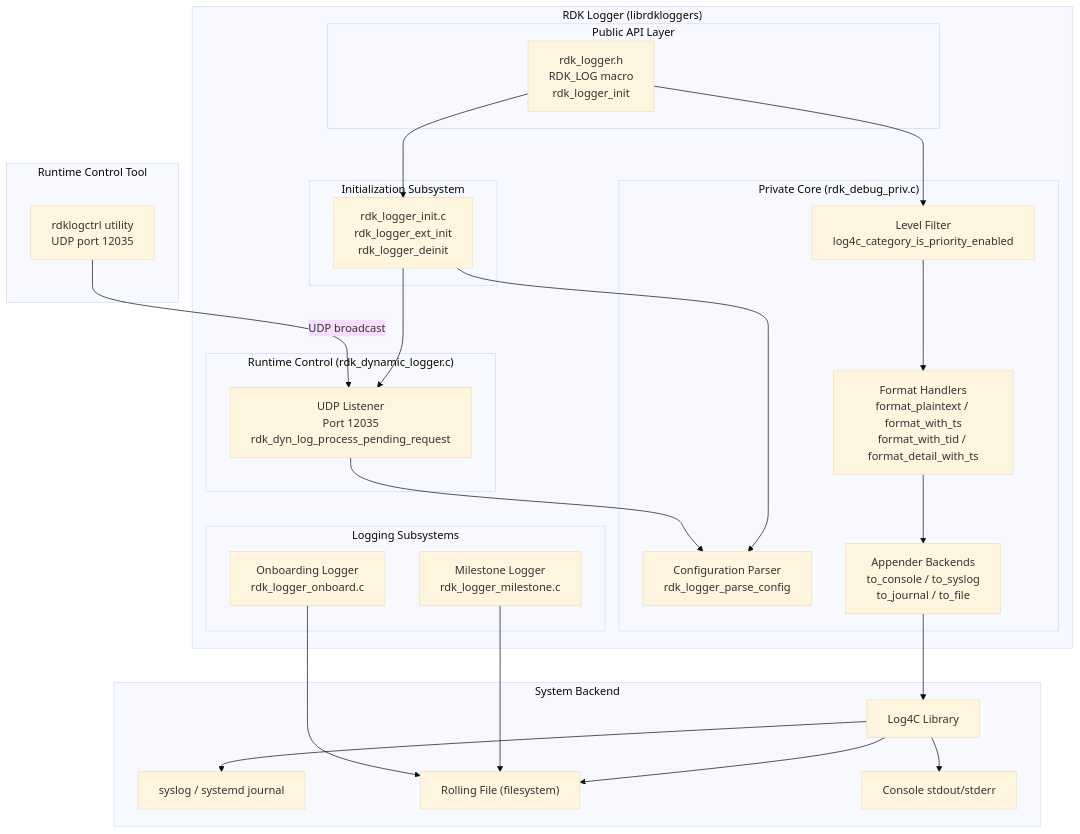
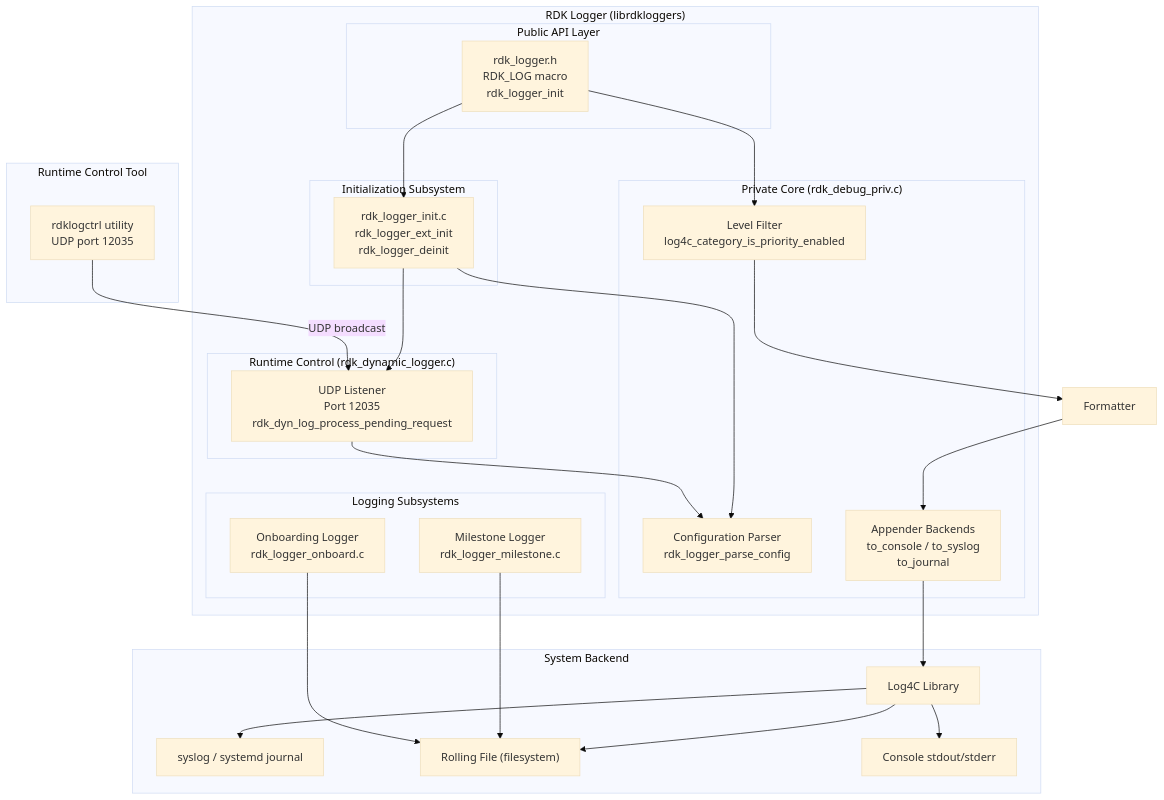
Before and after one commit to rdkcentral/rdk_logger: the second of 8 diagrams in docs/README.md, drawn with Mermaid (base theme). The commit also changed other lines of this file, not shown here.

````diff
--- a/docs/README.md
+++ b/docs/README.md
@@ -58,55 +58,54 @@
 ```mermaid
 flowchart TD
     subgraph RDKLoggerBoundary["RDK Logger (librdkloggers)"]
 
         subgraph PublicAPI["Public API Layer"]
             API["rdk_logger.h\nRDK_LOG macro\nrdk_logger_init"]
         end
 
         subgraph InitSubsystem["Initialization Subsystem"]
             Init["rdk_logger_init.c\nrdk_logger_ext_init\nrdk_logger_deinit"]
         end
 
         subgraph PrivateCore["Private Core (rdk_debug_priv.c)"]
             ConfigParser["Configuration Parser\nrdk_logger_parse_config"]
             LevelFilter["Level Filter\nlog4c_category_is_priority_enabled"]
-            Formatter["Format Handlers\nformat_plaintext / format_with_ts\nformat_with_tid / format_detail_with_ts"]
-            Appenders["Appender Backends\nto_console / to_syslog\nto_journal / to_file"]
+            Appenders["Appender Backends\nto_console / to_syslog\nto_journal"]
         end
 
         subgraph DynControl["Runtime Control (rdk_dynamic_logger.c)"]
             UDPListener["UDP Listener\nPort 12035\nrdk_dyn_log_process_pending_request"]
         end
 
         subgraph Subsystems["Logging Subsystems"]
             Milestone["Milestone Logger\nrdk_logger_milestone.c"]
             Onboard["Onboarding Logger\nrdk_logger_onboard.c"]
         end
     end
 
     subgraph Backend["System Backend"]
         Log4C["Log4C Library"]
         SysLog["syslog / systemd journal"]
         FileFS["Rolling File (filesystem)"]
         Console["Console stdout/stderr"]
     end
 
     subgraph Control["Runtime Control Tool"]
         rdklogctrl["rdklogctrl utility\nUDP port 12035"]
     end
 
     API --> Init
     Init --> ConfigParser
     Init --> UDPListener
     API --> LevelFilter
     LevelFilter --> Formatter
     Formatter --> Appenders
     Appenders --> Log4C
     Log4C --> Console
     Log4C --> SysLog
     Log4C --> FileFS
     UDPListener --> ConfigParser
     rdklogctrl -->|UDP broadcast| UDPListener
     Milestone --> FileFS
     Onboard --> FileFS
 ```
````
